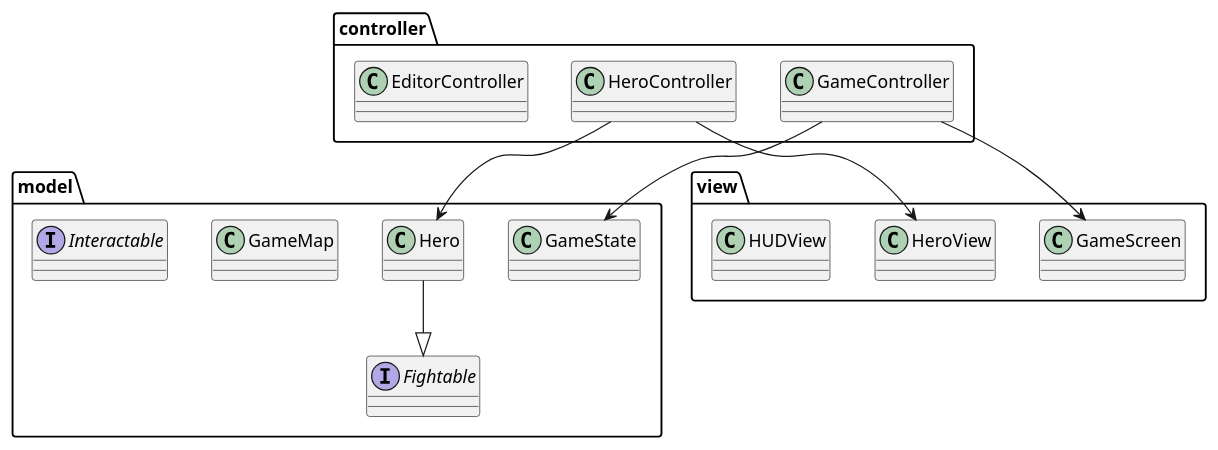
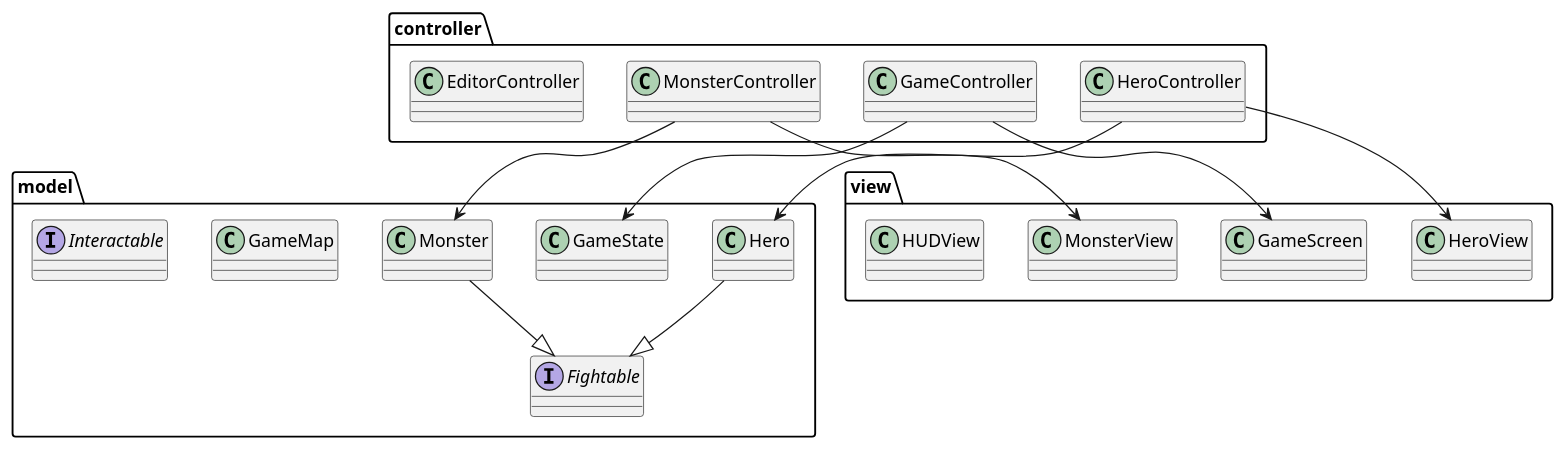
The diagram in docs/technical-doc.md (Wiginti/BeyondTime_Graphic), drawn with PlantUML before and after one commit. The commit also changed other lines of this file and 2 other files, not shown here.

````diff
--- a/docs/technical-doc.md
+++ b/docs/technical-doc.md
@@ -28,29 +30,35 @@
 ```plantuml
 @startuml
 package model {
     class Hero
+    class Monster
     class GameState
     class GameMap
     interface Fightable
     interface Interactable
 }
 
 package view {
     class GameScreen
     class HeroView
+    class MonsterView
     class HUDView
 }
 
 package controller {
     class GameController
     class HeroController
+    class MonsterController
     class EditorController
 }
 
 Hero --|> Fightable
+Monster --|> Fightable
 GameController --> GameState
 GameController --> GameScreen
 HeroController --> Hero
 HeroController --> HeroView
+MonsterController --> Monster
+MonsterController --> MonsterView
 @enduml
 ```
````
